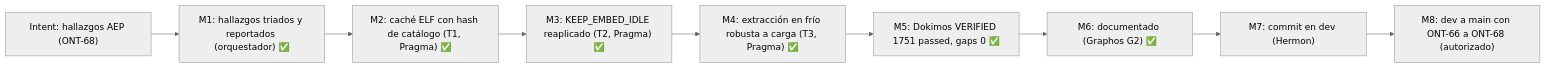
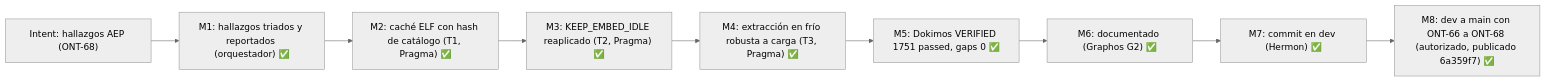
One commit to ancrz/agent-execution-plane changed the second of 2 diagrams in docs/pipeline/feature_20261116_ont68_aep_findings.md. Above: the diagram before and after it, drawn with Mermaid (neutral theme). The commit also changed other lines of this file and 5 other files, not shown here.

First line of the commit message:
docs(ONT-68): record the publication to main and the next-session compact guidance

````diff
--- a/docs/pipeline/feature_20261116_ont68_aep_findings.md
+++ b/docs/pipeline/feature_20261116_ont68_aep_findings.md
@@ -79,11 +100,11 @@
 ```mermaid
 flowchart LR
     I68["Intent: hallazgos AEP (ONT-68)"] --> M1["M1: hallazgos triados y reportados (orquestador) ✅"]
     M1 --> M2["M2: caché ELF con hash de catálogo (T1, Pragma) ✅"]
     M2 --> M3["M3: KEEP_EMBED_IDLE reaplicado (T2, Pragma) ✅"]
     M3 --> M4["M4: extracción en frío robusta a carga (T3, Pragma) ✅"]
     M4 --> M5["M5: Dokimos VERIFIED 1751 passed, gaps 0 ✅"]
     M5 --> M6["M6: documentado (Graphos G2) ✅"]
-    M6 --> M7["M7: commit en dev (Hermon)"]
-    M7 --> M8["M8: dev a main con ONT-66 a ONT-68 (autorizado)"]
+    M6 --> M7["M7: commit en dev (Hermon) ✅"]
+    M7 --> M8["M8: dev a main con ONT-66 a ONT-68 (autorizado, publicado 6a359f7) ✅"]
 ```
````
